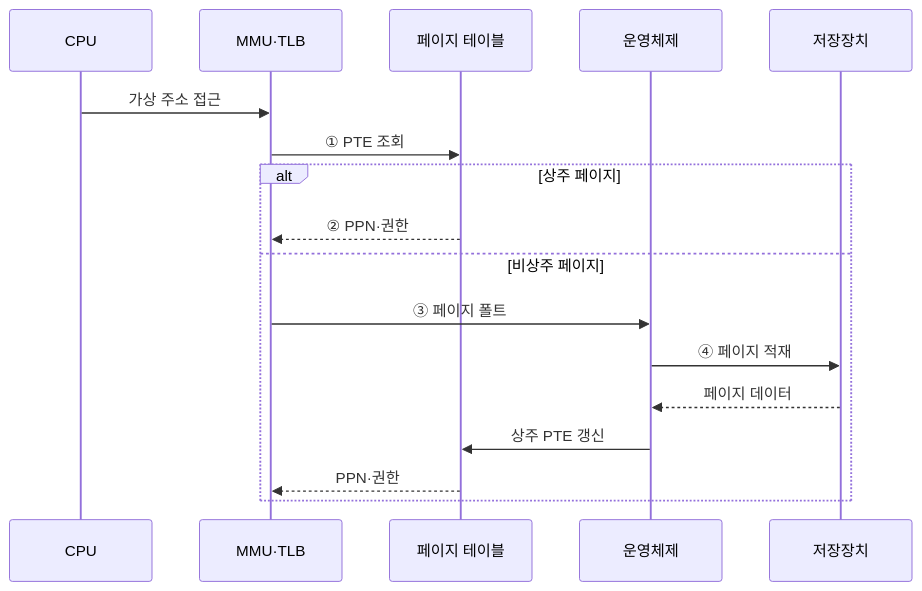
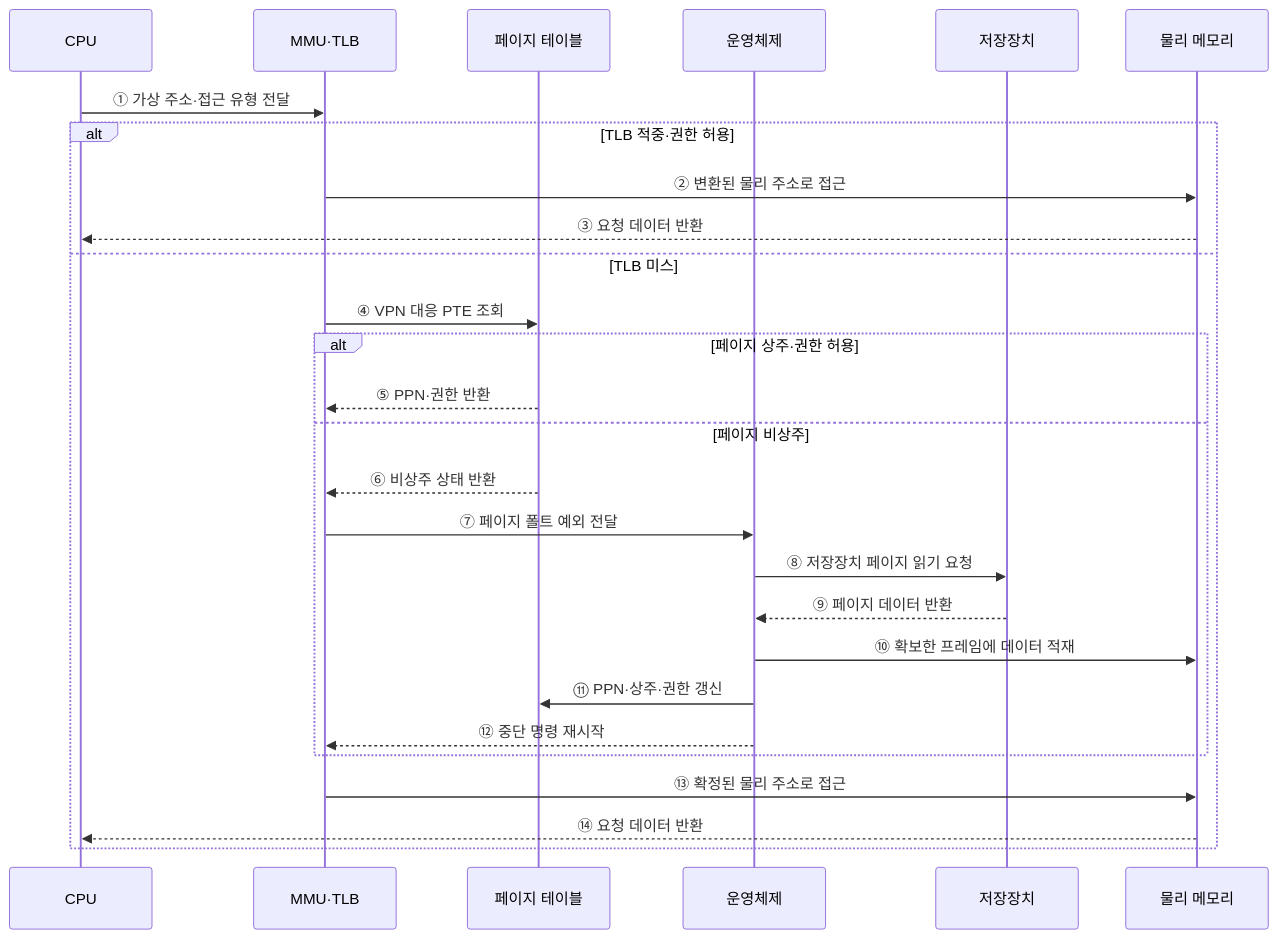
One commit to agnusdei1207/knowledge-base changed the second of 2 diagrams in src/content/docs/notes/02-hardware/017_virtual_memory_paging_segmentation.md. Above: the diagram before and after it, drawn with Mermaid. The commit also changed other lines of this file and 18 other files, not shown here.

````diff
--- a/src/content/docs/notes/02-hardware/017_virtual_memory_paging_segmentation.md
+++ b/src/content/docs/notes/02-hardware/017_virtual_memory_paging_segmentation.md
@@ -90,19 +90,29 @@
 ```mermaid
 sequenceDiagram
     participant C as CPU
     participant M as MMU·TLB
     participant P as 페이지 테이블
     participant O as 운영체제
     participant S as 저장장치
-    C->>M: 가상 주소 접근
-    M->>P: ① PTE 조회
-    alt 상주 페이지
-        P-->>M: ② PPN·권한
-    else 비상주 페이지
-        M->>O: ③ 페이지 폴트
-        O->>S: ④ 페이지 적재
-        S-->>O: 페이지 데이터
-        O->>P: 상주 PTE 갱신
-        P-->>M: PPN·권한
+    participant R as 물리 메모리
+    C->>M: ① 가상 주소·접근 유형 전달
+    alt TLB 적중·권한 허용
+        M->>R: ② 변환된 물리 주소로 접근
+        R-->>C: ③ 요청 데이터 반환
+    else TLB 미스
+        M->>P: ④ VPN 대응 PTE 조회
+        alt 페이지 상주·권한 허용
+            P-->>M: ⑤ PPN·권한 반환
+        else 페이지 비상주
+            P-->>M: ⑥ 비상주 상태 반환
+            M->>O: ⑦ 페이지 폴트 예외 전달
+            O->>S: ⑧ 저장장치 페이지 읽기 요청
+            S-->>O: ⑨ 페이지 데이터 반환
+            O->>R: ⑩ 확보한 프레임에 데이터 적재
+            O->>P: ⑪ PPN·상주·권한 갱신
+            O-->>M: ⑫ 중단 명령 재시작
+        end
+        M->>R: ⑬ 확정된 물리 주소로 접근
+        R-->>C: ⑭ 요청 데이터 반환
     end
 ```
````
